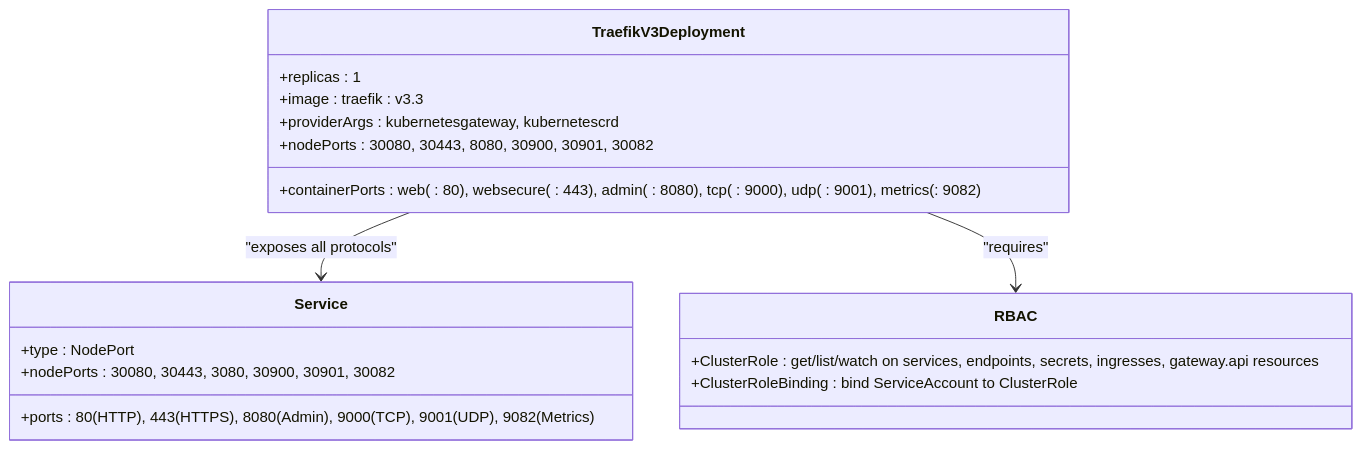
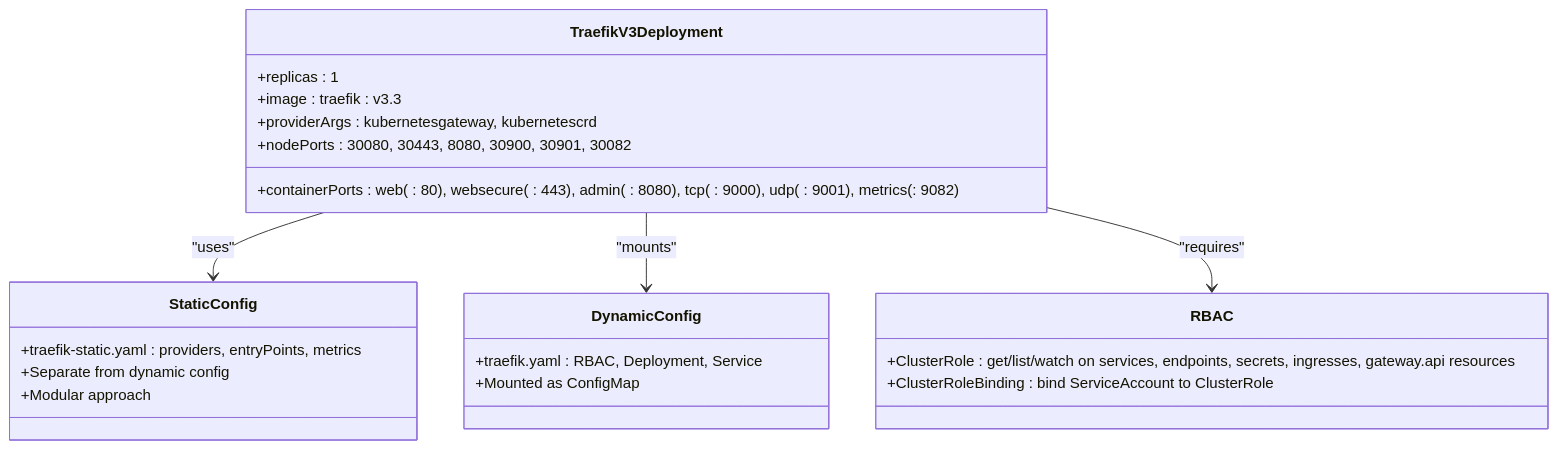
The sixth of 12 diagrams in .qoder/repowiki/en/content/Infrastructure Applications/Gateway API Controller.md (Hoangvu75/k8s_manifest), drawn with Mermaid before and after one commit. The commit also changed other lines of this file and 10 other files, not shown here.

````diff
--- a/.qoder/repowiki/en/content/Infrastructure Applications/Gateway API Controller.md
+++ b/.qoder/repowiki/en/content/Infrastructure Applications/Gateway API Controller.md
@@ -294,21 +278,26 @@
 ```mermaid
 classDiagram
 class TraefikV3Deployment {
 +replicas : 1
 +image : traefik : v3.3
 +providerArgs : kubernetesgateway, kubernetescrd
 +containerPorts : web( : 80), websecure( : 443), admin( : 8080), tcp( : 9000), udp( : 9001), metrics( : 9082)
 +nodePorts : 30080, 30443, 8080, 30900, 30901, 30082
 }
-class Service {
-+type : NodePort
-+ports : 80(HTTP), 443(HTTPS), 8080(Admin), 9000(TCP), 9001(UDP), 9082(Metrics)
-+nodePorts : 30080, 30443, 3080, 30900, 30901, 30082
+class StaticConfig {
++traefik-static.yaml : providers, entryPoints, metrics
++Separate from dynamic config
++Modular approach
+}
+class DynamicConfig {
++traefik.yaml : RBAC, Deployment, Service
++Mounted as ConfigMap
 }
 class RBAC {
 +ClusterRole : get/list/watch on services, endpoints, secrets, ingresses, gateway.api resources
 +ClusterRoleBinding : bind ServiceAccount to ClusterRole
 }
-TraefikV3Deployment --> Service : "exposes all protocols"
+TraefikV3Deployment --> StaticConfig : "uses"
+TraefikV3Deployment --> DynamicConfig : "mounts"
 TraefikV3Deployment --> RBAC : "requires"
 ```
````
